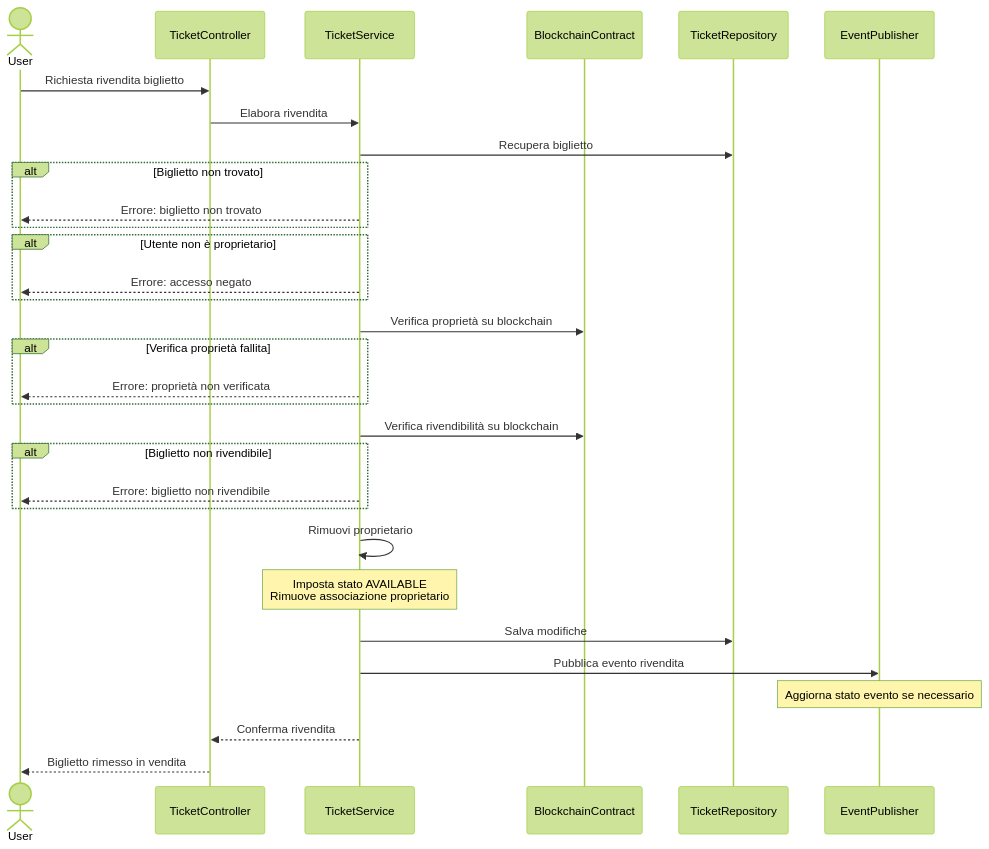
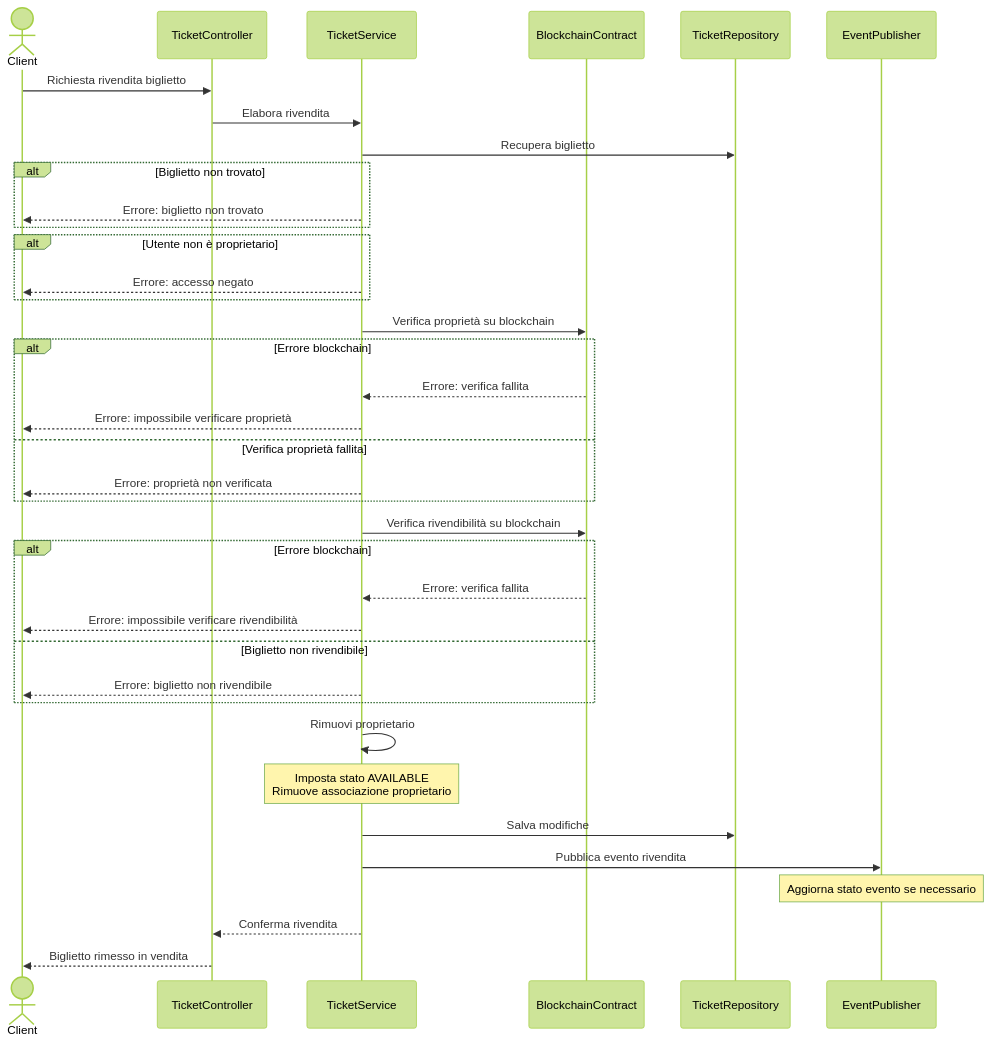
The diagram in docs/sequence-ticket-resale.md (s-lusito/TicketBlock-Ing_Sw), drawn with Mermaid (forest theme) before and after one commit. The commit also changed 14 other files, not shown here.

Commit message:
Update diagrams: Client actor, blockchain errors, and add frontend class diagram

````diff
--- a/docs/sequence-ticket-resale.md
+++ b/docs/sequence-ticket-resale.md
@@ -5,44 +5,48 @@
 ```mermaid
 sequenceDiagram
-    actor User
+    actor Client
     participant TicketController
     participant TicketService
     participant BlockchainContract
     participant TicketRepository
     participant EventPublisher
 
-    User->>TicketController: Richiesta rivendita biglietto
+    Client->>TicketController: Richiesta rivendita biglietto
     TicketController->>TicketService: Elabora rivendita
     
     TicketService->>TicketRepository: Recupera biglietto
     
     alt Biglietto non trovato
-        TicketService-->>User: Errore: biglietto non trovato
+        TicketService-->>Client: Errore: biglietto non trovato
     end
     
     alt Utente non è proprietario
-        TicketService-->>User: Errore: accesso negato
+        TicketService-->>Client: Errore: accesso negato
     end
     
     TicketService->>BlockchainContract: Verifica proprietà su blockchain
-    
-    alt Verifica proprietà fallita
-        TicketService-->>User: Errore: proprietà non verificata
+    alt Errore blockchain
+        BlockchainContract-->>TicketService: Errore: verifica fallita
+        TicketService-->>Client: Errore: impossibile verificare proprietà
+    else Verifica proprietà fallita
+        TicketService-->>Client: Errore: proprietà non verificata
     end
     
     TicketService->>BlockchainContract: Verifica rivendibilità su blockchain
-    
-    alt Biglietto non rivendibile
-        TicketService-->>User: Errore: biglietto non rivendibile
+    alt Errore blockchain
+        BlockchainContract-->>TicketService: Errore: verifica fallita
+        TicketService-->>Client: Errore: impossibile verificare rivendibilità
+    else Biglietto non rivendibile
+        TicketService-->>Client: Errore: biglietto non rivendibile
     end
     
     TicketService->>TicketService: Rimuovi proprietario
     Note over TicketService: Imposta stato AVAILABLE<br/>Rimuove associazione proprietario
     
     TicketService->>TicketRepository: Salva modifiche
     TicketService->>EventPublisher: Pubblica evento rivendita
     Note over EventPublisher: Aggiorna stato evento se necessario
     
     TicketService-->>TicketController: Conferma rivendita
-    TicketController-->>User: Biglietto rimesso in vendita
+    TicketController-->>Client: Biglietto rimesso in vendita
 ```
````
